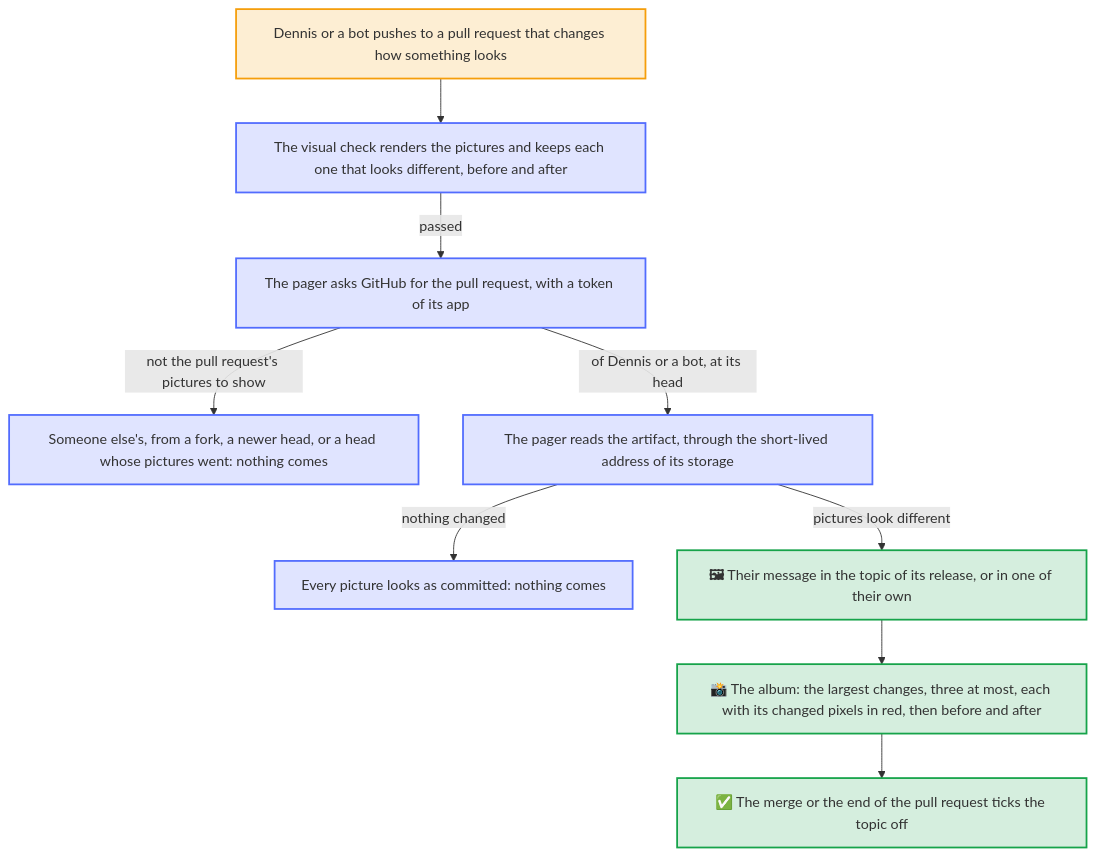
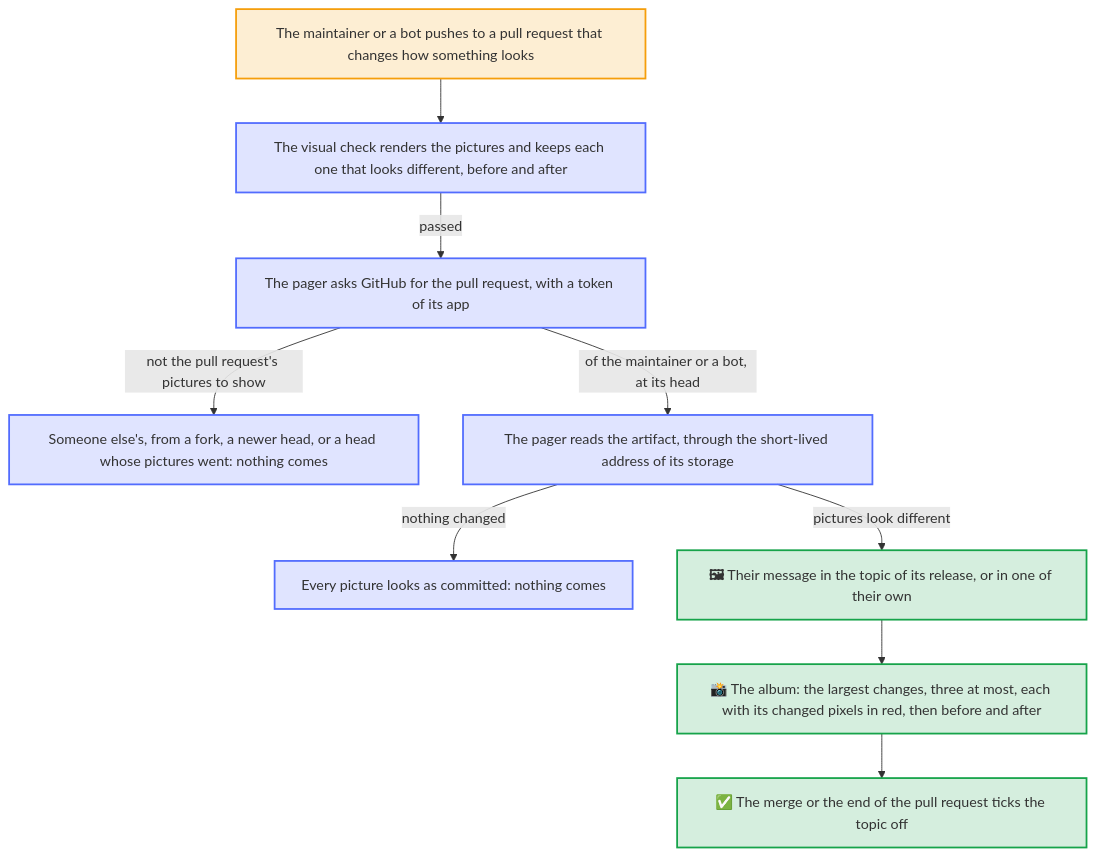
Before and after one commit to Dennis-Otto/dennis-otto-pager: the diagram in docs/diagrams/the-pictures-of-a-visual-change.mmd, drawn with Mermaid. The commit also changed 146 other files, not shown here.

First line of the commit message:
feat: Dennis Otto Pager is now Repo Pager, a pager that anyone runs for their own repositories (#110)

```diff
--- a/docs/diagrams/the-pictures-of-a-visual-change.mmd
+++ b/docs/diagrams/the-pictures-of-a-visual-change.mmd
@@ -1,32 +1,32 @@
 ---
 config:
   flowchart:
     wrappingWidth: 400
 ---
 flowchart TB
     accTitle: The pictures of a visual change
-    accDescr: Dennis or a bot pushes to a pull request that changes how something looks, and its visual check renders the pictures again and keeps each one that looks different in an artifact, before and after. When the check passed, the pager asks GitHub for the pull request, with a token of its app. One of someone else, from a fork, or that moved on to a newer head ends there, and so does a head whose pictures went already. Otherwise the pager reads the artifact with the same token, through the short-lived address of its storage. When every picture looks as committed, nothing comes. When some look different, their message goes into the topic of its release, or of a thing of their own, and the album of the largest changes follows, at most three pictures, each with its changed pixels in red when the check drew them, then before and after. The merge or the end of the pull request ticks the topic off.
+    accDescr: The maintainer or a bot pushes to a pull request that changes how something looks, and its visual check renders the pictures again and keeps each one that looks different in an artifact, before and after. When the check passed, the pager asks GitHub for the pull request, with a token of its app. One of someone else, from a fork, or that moved on to a newer head ends there, and so does a head whose pictures went already. Otherwise the pager reads the artifact with the same token, through the short-lived address of its storage. When every picture looks as committed, nothing comes. When some look different, their message goes into the topic of its release, or of a thing of their own, and the album of the largest changes follows, at most three pictures, each with its changed pixels in red when the check drew them, then before and after. The merge or the end of the pull request ticks the topic off.
 
-    push["`Dennis or a bot pushes to a pull request that changes how something looks`"]
+    push["`The maintainer or a bot pushes to a pull request that changes how something looks`"]
     check["`The visual check renders the pictures and keeps each one that looks different, before and after`"]
     ask["The pager asks GitHub for the pull request, with a token of its app"]
     stop["`Someone else's, from a fork, a newer head, or a head whose pictures went: nothing comes`"]
     read["`The pager reads the artifact, through the short-lived address of its storage`"]
     same["`Every picture looks as committed: nothing comes`"]
     topic["`**🖼** Their message in the topic of its release, or in one of their own`"]
     album["`**📸** The album: the largest changes, three at most, each with its changed pixels in red, then before and after`"]
     done["`**✅** The merge or the end of the pull request ticks the topic off`"]
 
     push --> check
     check -- "passed" --> ask
     ask -- "not the pull request's pictures to show" --> stop
-    ask -- "of Dennis or a bot, at its head" --> read
+    ask -- "of the maintainer or a bot, at its head" --> read
     read -- "nothing changed" --> same
     read -- "pictures look different" --> topic --> album --> done
 
     classDef you fill:#f59e0b2e,stroke:#f59e0b,stroke-width:2px
     classDef bot fill:#526cfe2e,stroke:#526cfe,stroke-width:2px
     classDef done fill:#16a34a2e,stroke:#16a34a,stroke-width:2px
     class push you
     class check,ask,stop,read,same bot
     class topic,album,done done
```
